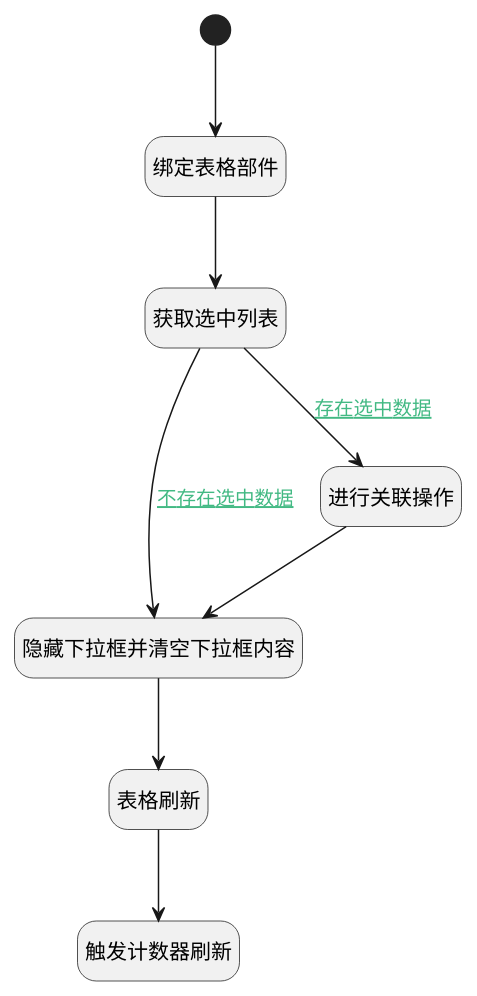
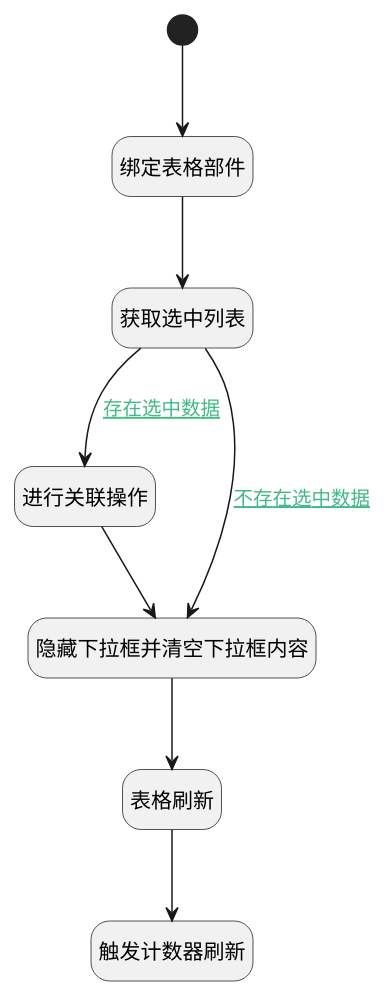
Before and after one commit to iBizLab/plm: the diagram in doc/docsify/module/ProdMgmt/idea/uilogic/ticket_relation_idea.md, drawn with PlantUML. The commit also changed other lines of this file and 1473 other files, not shown here.

````diff
--- a/doc/docsify/module/ProdMgmt/idea/uilogic/ticket_relation_idea.md
+++ b/doc/docsify/module/ProdMgmt/idea/uilogic/ticket_relation_idea.md
@@ -7,30 +7,30 @@
 ```plantuml
 @startuml
 hide footbox
 <style>
 root {
   HyperlinkColor #42b983
 }
 </style>
 
 hide empty description
 state "开始" as Begin <<start>> [[$./ticket_relation_idea#begin {开始}]]
-state "绑定表格部件" as PREPAREJSPARAM1  [[$./ticket_relation_idea#preparejsparam1 {绑定表格部件}]]
+state "表格刷新" as VIEWCTRLINVOKE1  [[$./ticket_relation_idea#viewctrlinvoke1 {表格刷新}]]
+state "进行关联操作" as DEACTION1  [[$./ticket_relation_idea#deaction1 {进行关联操作}]]
 state "触发计数器刷新" as RAWJSCODE3  [[$./ticket_relation_idea#rawjscode3 {触发计数器刷新}]]
 state "隐藏下拉框并清空下拉框内容" as RAWJSCODE1  [[$./ticket_relation_idea#rawjscode1 {隐藏下拉框并清空下拉框内容}]]
-state "表格刷新" as VIEWCTRLINVOKE1  [[$./ticket_relation_idea#viewctrlinvoke1 {表格刷新}]]
 state "获取选中列表" as RAWJSCODE2  [[$./ticket_relation_idea#rawjscode2 {获取选中列表}]]
-state "进行关联操作" as DEACTION1  [[$./ticket_relation_idea#deaction1 {进行关联操作}]]
+state "绑定表格部件" as PREPAREJSPARAM1  [[$./ticket_relation_idea#preparejsparam1 {绑定表格部件}]]
 
 
 Begin --> PREPAREJSPARAM1
 PREPAREJSPARAM1 --> RAWJSCODE2
 RAWJSCODE2 --> DEACTION1 : [[$./ticket_relation_idea#rawjscode2-deaction1{存在选中数据} 存在选中数据]]
 DEACTION1 --> RAWJSCODE1
 RAWJSCODE1 --> VIEWCTRLINVOKE1
 VIEWCTRLINVOKE1 --> RAWJSCODE3
 RAWJSCODE2 --> RAWJSCODE1 : [[$./ticket_relation_idea#rawjscode2-rawjscode1{不存在选中数据} 不存在选中数据]]
 
 
 @enduml
 ```
````
